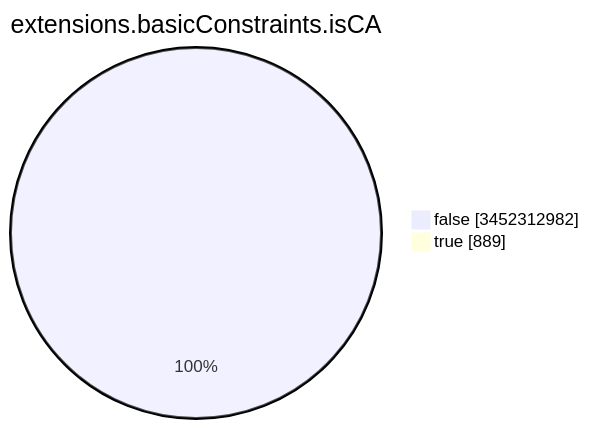
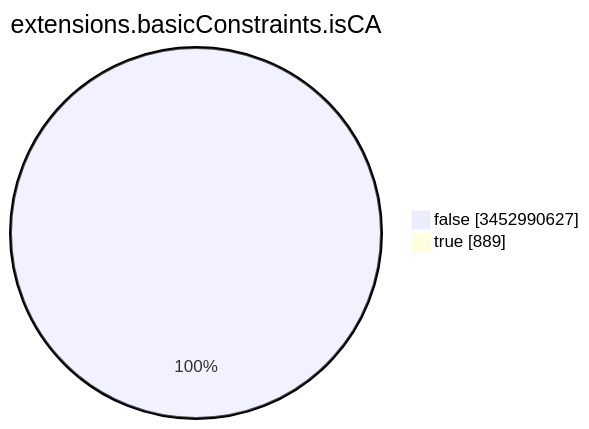
Before and after one commit to christiankrug/ctmonitor_visualization: the seventh of 15 diagrams in TOTAL/README.md, drawn with Mermaid. The commit also changed other lines of this file, not shown here.

````diff
--- a/TOTAL/README.md
+++ b/TOTAL/README.md
@@ -3092,6 +3092,6 @@
 ```mermaid
 pie showData
 title extensions.basicConstraints.isCA
-"false" :3452312982
+"false" :3452990627
 "true" :889
 ```
````
